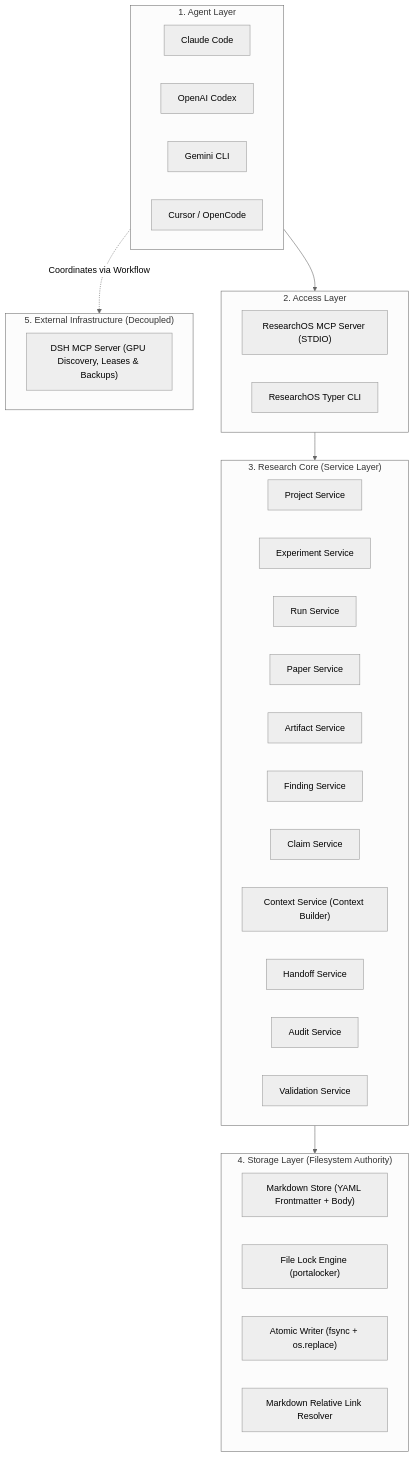
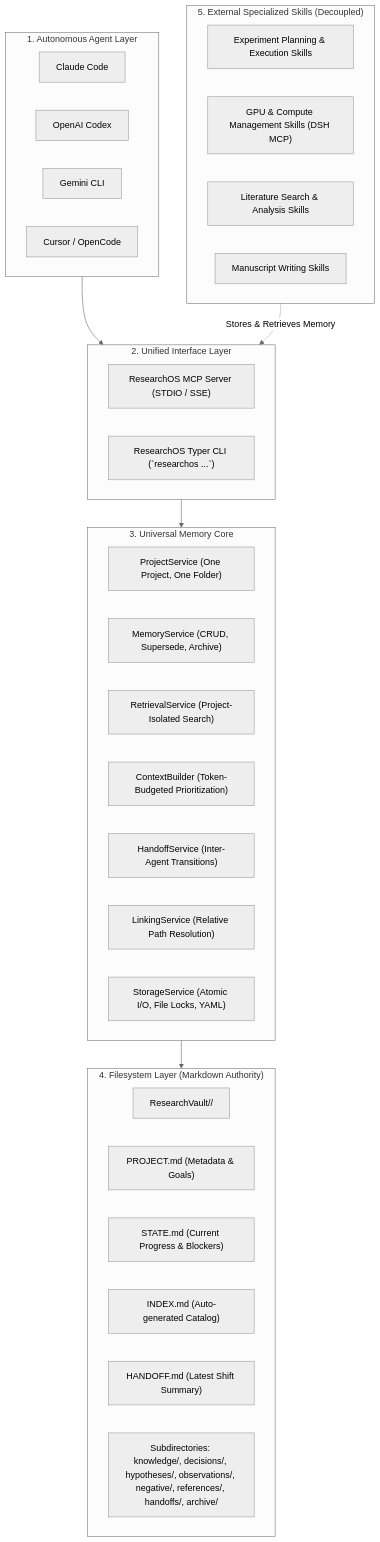
One commit to ixijxjgxidj-cmd/ResearchOS changed the diagram in docs/ARCHITECTURE.md. Above: the diagram before and after it, drawn with Mermaid (neutral theme). The commit also changed other lines of this file and 154 other files, not shown here.

Commit message:
feat: refactor ResearchOS to Universal Long-Term Research Memory (v2.0.0)

````diff
--- a/docs/ARCHITECTURE.md
+++ b/docs/ARCHITECTURE.md
@@ -12,44 +15,45 @@
 ```mermaid
 flowchart TD
-    subgraph AgentLayer ["1. Agent Layer"]
+    subgraph AgentLayer ["1. Autonomous Agent Layer"]
         Claude["Claude Code"]
         Codex["OpenAI Codex"]
         Gemini["Gemini CLI"]
         Cursor["Cursor / OpenCode"]
     end
 
-    subgraph AccessLayer ["2. Access Layer"]
-        MCP["ResearchOS MCP Server (STDIO)"]
-        CLI["ResearchOS Typer CLI"]
+    subgraph AccessLayer ["2. Unified Interface Layer"]
+        MCP["ResearchOS MCP Server (STDIO / SSE)"]
+        CLI["ResearchOS Typer CLI (`researchos ...`)"]
     end
 
-    subgraph ServiceLayer ["3. Research Core (Service Layer)"]
-        ProjSvc["Project Service"]
-        ExpSvc["Experiment Service"]
-        RunSvc["Run Service"]
-        PaperSvc["Paper Service"]
-        ArtSvc["Artifact Service"]
-        FindSvc["Finding Service"]
-        ClaimSvc["Claim Service"]
-        CtxSvc["Context Service (Context Builder)"]
-        HandoffSvc["Handoff Service"]
-        AuditSvc["Audit Service"]
-        ValSvc["Validation Service"]
+    subgraph CoreLayer ["3. Universal Memory Core"]
+        ProjSvc["ProjectService (One Project, One Folder)"]
+        MemSvc["MemoryService (CRUD, Supersede, Archive)"]
+        RetSvc["RetrievalService (Project-Isolated Search)"]
+        CtxBld["ContextBuilder (Token-Budgeted Prioritization)"]
+        HandSvc["HandoffService (Inter-Agent Transitions)"]
+        LinkSvc["LinkingService (Relative Path Resolution)"]
+        StorageSvc["StorageService (Atomic I/O, File Locks, YAML)"]
     end
 
-    subgraph StorageLayer ["4. Storage Layer (Filesystem Authority)"]
-        Store["Markdown Store (YAML Frontmatter + Body)"]
-        Lock["File Lock Engine (portalocker)"]
-        Atomic["Atomic Writer (fsync + os.replace)"]
-        Link["Markdown Relative Link Resolver"]
+    subgraph StorageLayer ["4. Filesystem Layer (Markdown Authority)"]
+        Vault["ResearchVault/<project_id>/"]
+        ProjMD["PROJECT.md (Metadata & Goals)"]
+        StateMD["STATE.md (Current Progress & Blockers)"]
+        IndexMD["INDEX.md (Auto-generated Catalog)"]
+        HandoffMD["HANDOFF.md (Latest Shift Summary)"]
+        MemDirs["Subdirectories: knowledge/, decisions/, hypotheses/, observations/, negative/, references/, handoffs/, archive/"]
     end
 
-    subgraph ExternalInfra ["5. External Infrastructure (Decoupled)"]
-        DSH["DSH MCP Server (GPU Discovery, Leases & Backups)"]
+    subgraph ExternalSkills ["5. External Specialized Skills (Decoupled)"]
+        ExpSkill["Experiment Planning & Execution Skills"]
+        GPUSkill["GPU & Compute Management Skills (DSH MCP)"]
+        LitSkill["Literature Search & Analysis Skills"]
+        PaperSkill["Manuscript Writing Skills"]
     end
 
     AgentLayer --> AccessLayer
-    AccessLayer --> ServiceLayer
-    ServiceLayer --> StorageLayer
-    AgentLayer -.->|"Coordinates via Workflow"| ExternalInfra
+    AccessLayer --> CoreLayer
+    CoreLayer --> StorageLayer
+    ExternalSkills -.->|"Stores & Retrieves Memory"| AccessLayer
 ```
````
